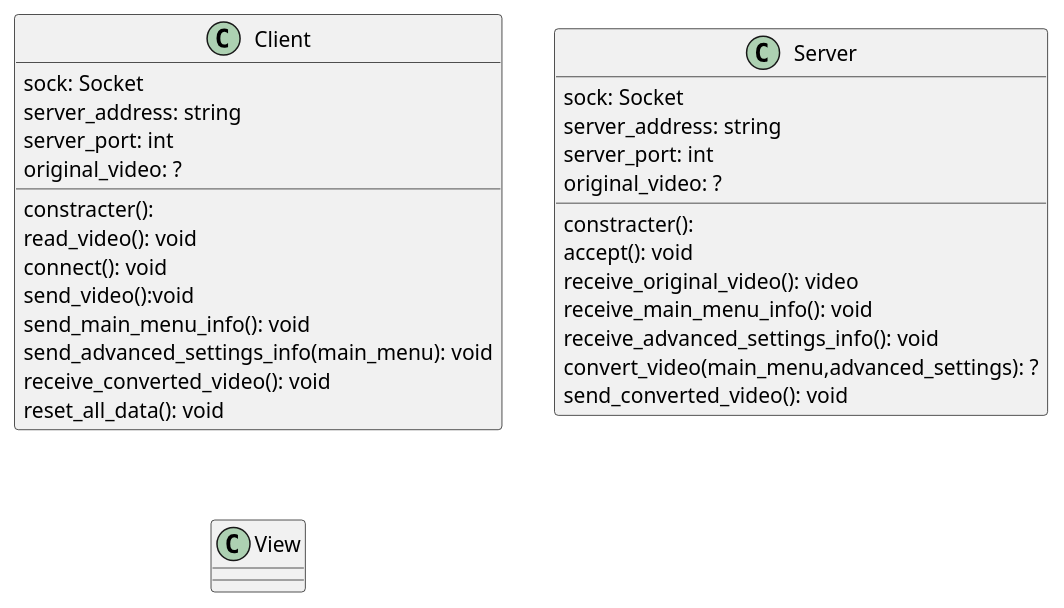
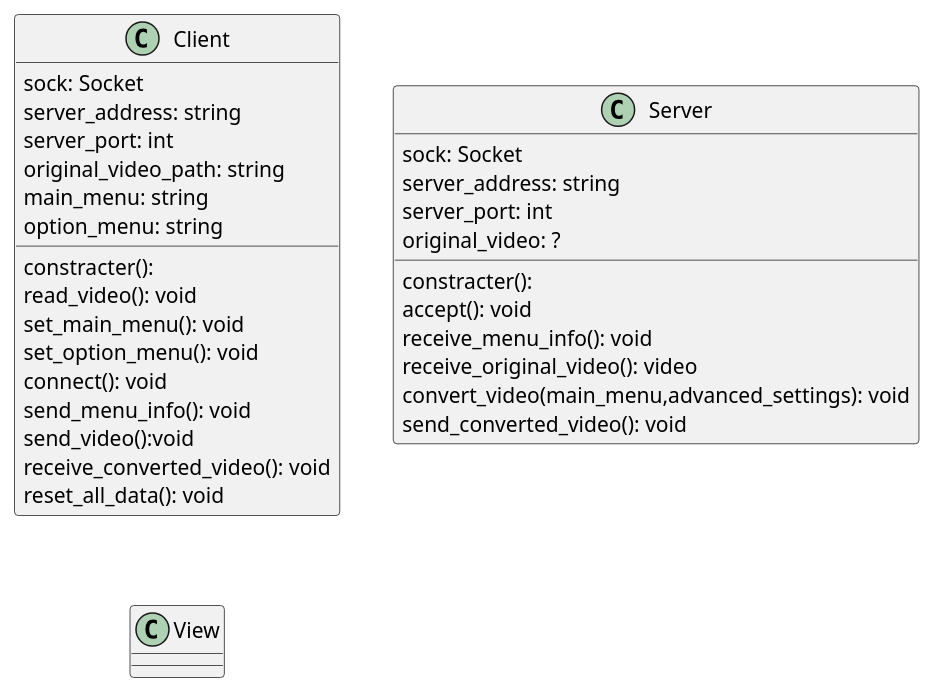
Before and after one commit to AkinoJoey/video-compressor-service: the diagram in uml_class.wsd, drawn with PlantUML.

Commit message:
関数部分を変更

```diff
--- a/uml_class.wsd
+++ b/uml_class.wsd
@@ -1,38 +1,40 @@
 @startuml all
 
 class Client{
     sock: Socket
     server_address: string
     server_port: int
-    original_video: ?
+    original_video_path: string
+    main_menu: string
+    option_menu: string
     constracter(): 
     read_video(): void
+    set_main_menu(): void
+    set_option_menu(): void
     connect(): void
+    send_menu_info(): void
     send_video():void
-    send_main_menu_info(): void
-    send_advanced_settings_info(main_menu): void
-    receive_converted_video(): void  
+    receive_converted_video(): void 
     reset_all_data(): void 
 }
 
 class Server{
     sock: Socket
     server_address: string
     server_port: int
     original_video: ?
     constracter():
     accept(): void
+    receive_menu_info(): void
     receive_original_video(): video
-    receive_main_menu_info(): void
-    receive_advanced_settings_info(): void
-    convert_video(main_menu,advanced_settings): ?
+    convert_video(main_menu,advanced_settings): void
     send_converted_video(): void
 }
 
 class View{
 
 }
 
 
 
 @enduml
```
